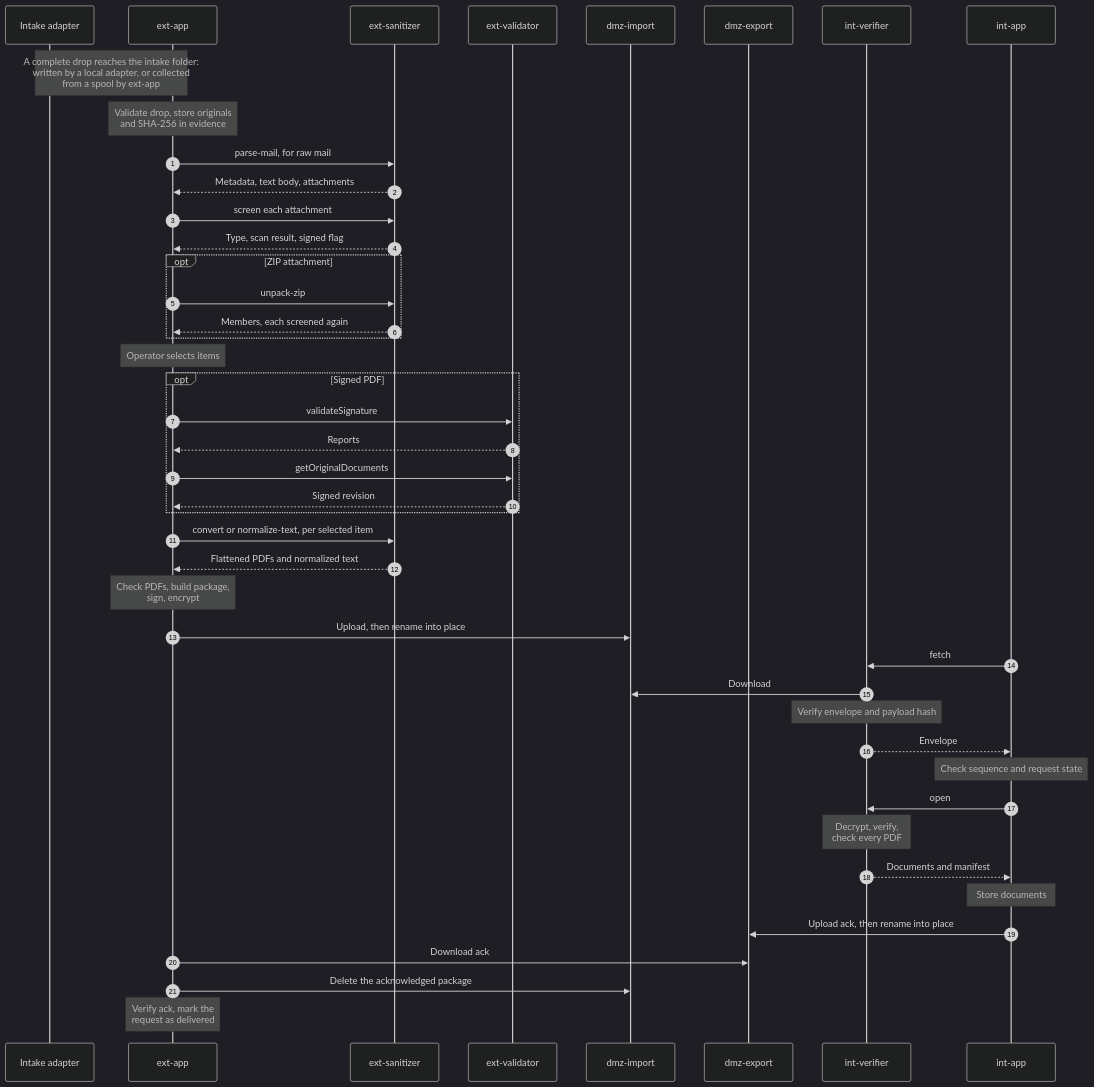
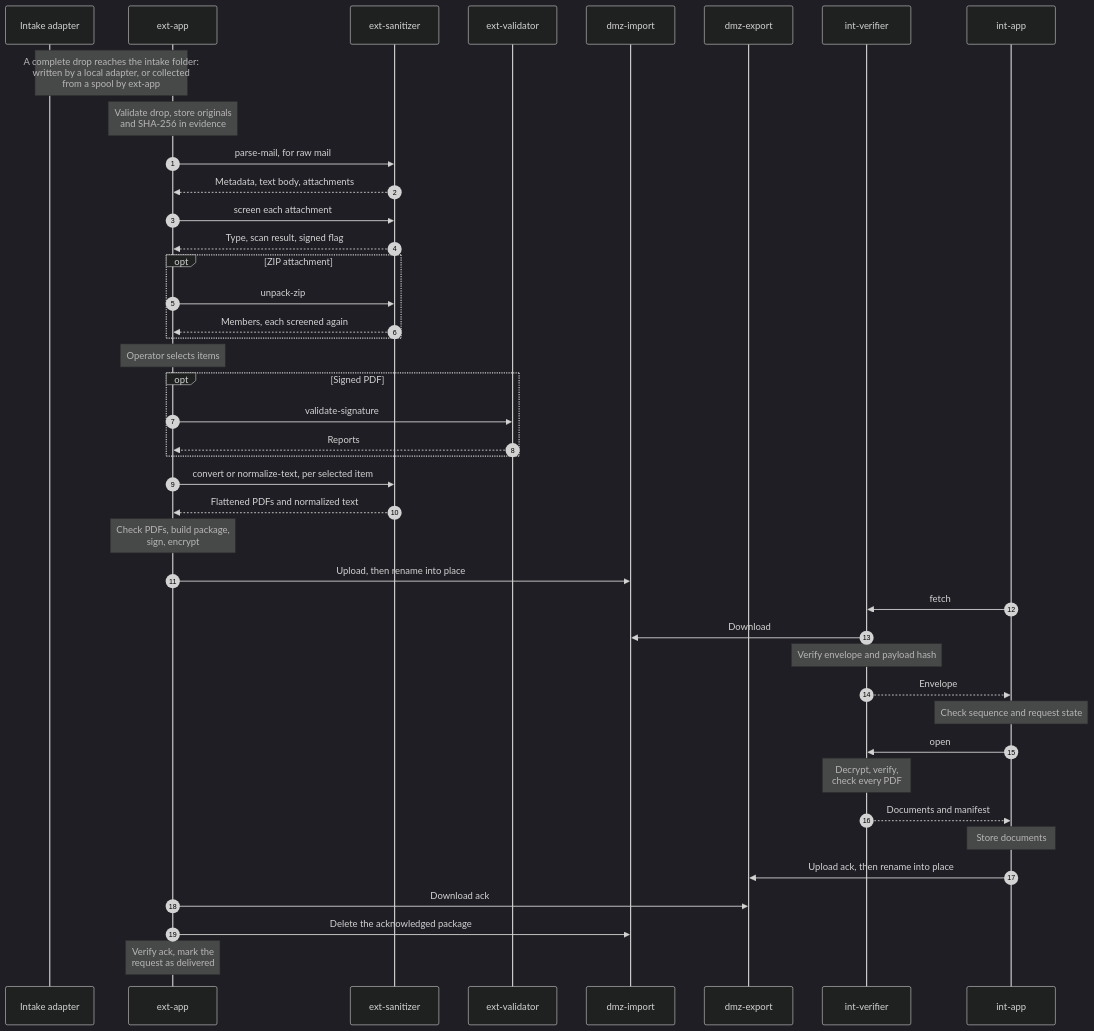
Before and after one commit to tgivslife/dxg-document-gateway: the third of 8 diagrams in document-exchange-mvp-technical-documentation.md, drawn with Mermaid (dark theme). The commit also changed other lines of this file and 5 other files, not shown here.

````diff
--- a/document-exchange-mvp-technical-documentation.md
+++ b/document-exchange-mvp-technical-documentation.md
@@ -270,50 +273,48 @@
 ```mermaid
 sequenceDiagram
     accDescr: Sequence of the import flow from the intake adapter to int-app
     %% Each arrow points from the side that opens the connection.
     %% Dashed arrows are replies on the same connection.
     autonumber
     participant A as Intake adapter
     participant EC as ext-app
     participant ES as ext-sanitizer
     participant EV as ext-validator
     participant DI as dmz-import
     participant DE as dmz-export
     participant IVF as int-verifier
     participant IC as int-app
 
     Note over A,EC: A complete drop reaches the intake folder:<br/>written by a local adapter, or collected<br/>from a spool by ext-app
     Note over EC: Validate drop, store originals<br/>and SHA-256 in evidence
     EC->>ES: parse-mail, for raw mail
     ES-->>EC: Metadata, text body, attachments
     EC->>ES: screen each attachment
     ES-->>EC: Type, scan result, signed flag
     opt ZIP attachment
         EC->>ES: unpack-zip
         ES-->>EC: Members, each screened again
     end
     Note over EC: Operator selects items
     opt Signed PDF
-        EC->>EV: validateSignature
+        EC->>EV: validate-signature
         EV-->>EC: Reports
-        EC->>EV: getOriginalDocuments
-        EV-->>EC: Signed revision
     end
     EC->>ES: convert or normalize-text, per selected item
     ES-->>EC: Flattened PDFs and normalized text
     Note over EC: Check PDFs, build package,<br/>sign, encrypt
     EC->>DI: Upload, then rename into place
     IC->>IVF: fetch
     IVF->>DI: Download
     Note over IVF: Verify envelope and payload hash
     IVF-->>IC: Envelope
     Note over IC: Check sequence and request state
     IC->>IVF: open
     Note over IVF: Decrypt, verify,<br/>check every PDF
     IVF-->>IC: Documents and manifest
     Note over IC: Store documents
     IC->>DE: Upload ack, then rename into place
     EC->>DE: Download ack
     EC->>DI: Delete the acknowledged package
     Note over EC: Verify ack, mark the<br/>request as delivered
 ```
````
